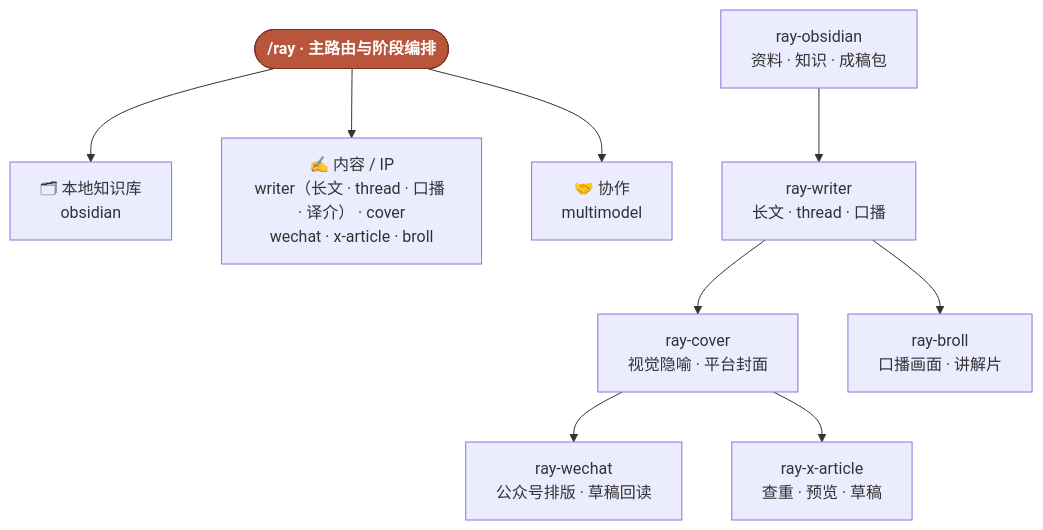
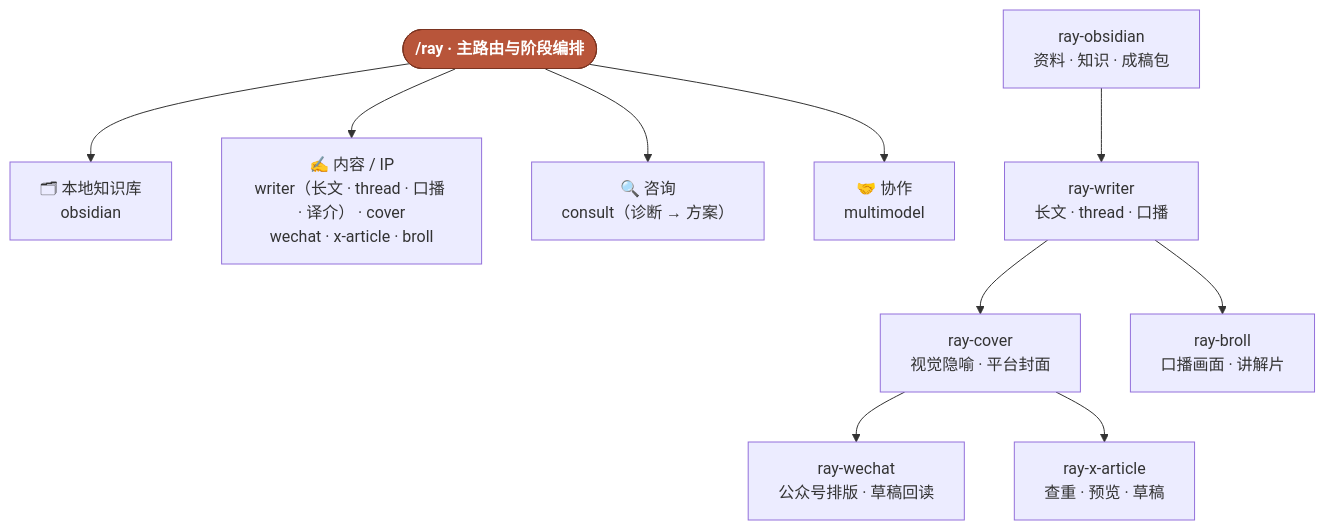
One commit to imraywang/rayskills changed the diagram in README.md. Above: the diagram before and after it, drawn with Mermaid. The commit also changed other lines of this file and 35 other files, not shown here.

First line of the commit message:
ray-consult 回归咨询线，其余 5 个归档成员移出到 ray-skills 独立仓库

````diff
--- a/README.md
+++ b/README.md
@@ -65,16 +67,17 @@
 ```mermaid
 flowchart TD
     RAY(["/ray · 主路由与阶段编排"]):::hub
 
     RAY --> KNOWLEDGE["🗂 本地知识库<br/>obsidian"]
     RAY --> CONTENT["✍️ 内容 / IP<br/>writer（长文 · thread · 口播 · 译介） · cover<br/>wechat · x-article · broll"]
+    RAY --> CONSULT["🔍 咨询<br/>consult（诊断 → 方案）"]
     RAY --> COLLAB["🤝 协作<br/>multimodel"]
 
     OBSIDIAN["ray-obsidian<br/>资料 · 知识 · 成稿包"] --> WRITER["ray-writer<br/>长文 · thread · 口播"]
     WRITER --> COVER["ray-cover<br/>视觉隐喻 · 平台封面"]
     WRITER --> BROLL["ray-broll<br/>口播画面 · 讲解片"]
     COVER --> WECHAT["ray-wechat<br/>公众号排版 · 草稿回读"]
     COVER --> XARTICLE["ray-x-article<br/>查重 · 预览 · 草稿"]
 
     classDef hub fill:#b8553a,stroke:#7a3320,color:#fff,font-weight:bold;
 ```
````
